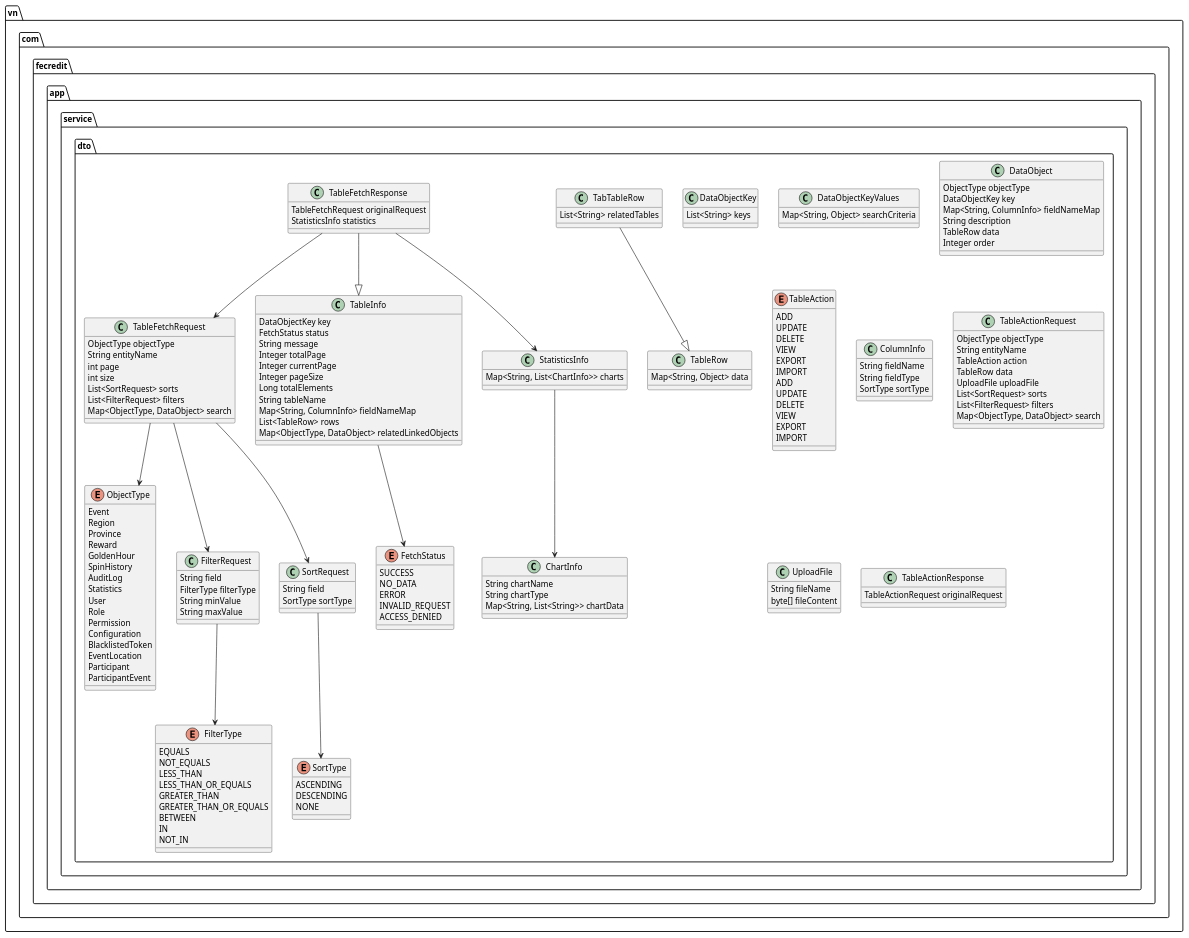
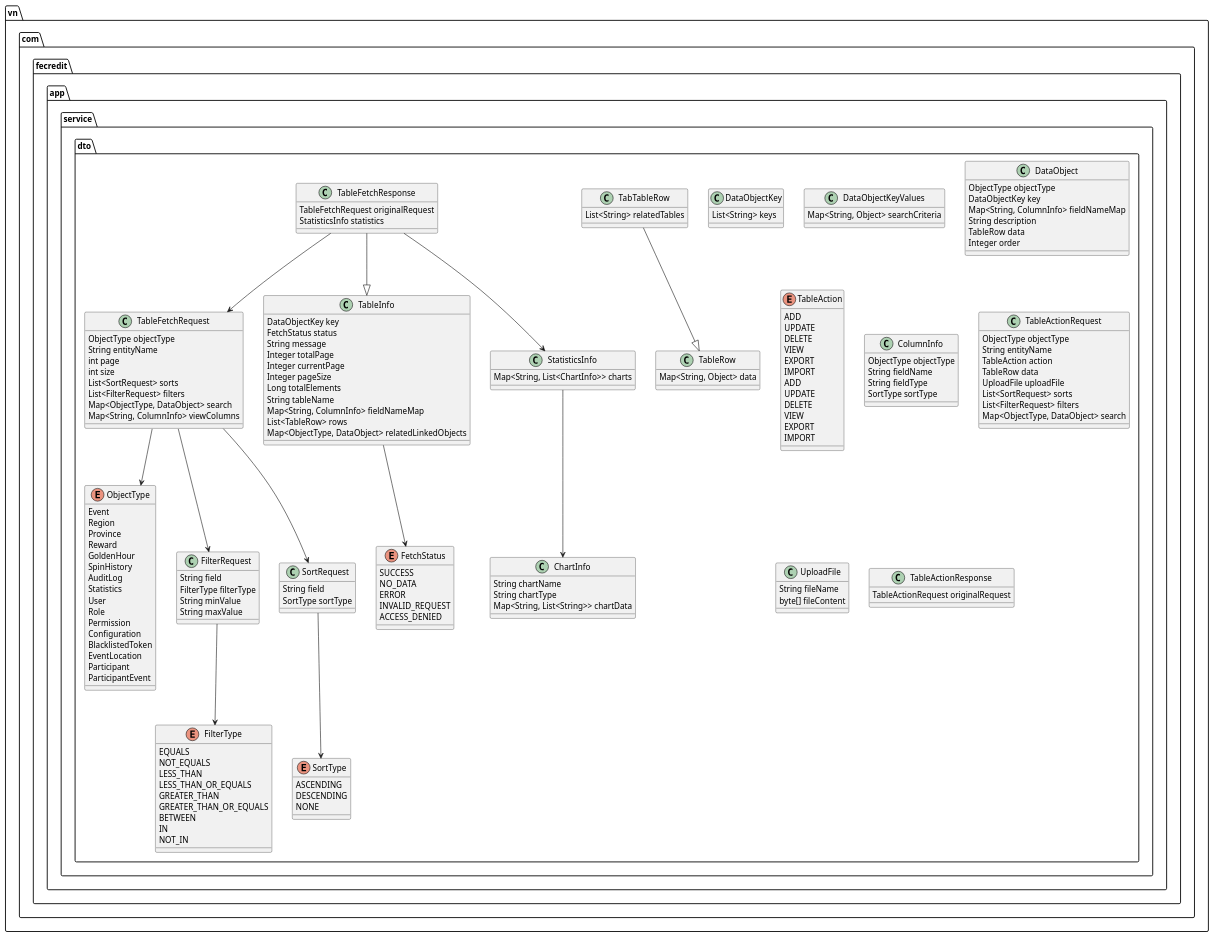
Before and after one commit to dnguyenminh/luckydraw-roo: the diagram in docs/api/CommonAPIRequestAndResponse.puml, drawn with PlantUML. The commit also changed 120 other files, not shown here.

```diff
--- a/docs/api/CommonAPIRequestAndResponse.puml
+++ b/docs/api/CommonAPIRequestAndResponse.puml
@@ -1,187 +1,189 @@
 @startuml CommonAPIRequestAndResponse
 
 ' Common API Request and Response Models
 
 namespace vn.com.fecredit.app.service.dto {
 
     enum ObjectType {
         Event
         Region
         Province
         Reward
         GoldenHour
         SpinHistory
         AuditLog
         Statistics
         User
         Role
         Permission
         Configuration
         BlacklistedToken
         EventLocation
         Participant
         ParticipantEvent
     }
 
     enum FetchStatus {
         SUCCESS
         NO_DATA
         ERROR
         INVALID_REQUEST
         ACCESS_DENIED
     }
 
     enum SortType {
         ASCENDING
         DESCENDING
         NONE
     }
 
     enum FilterType {
         EQUALS
         NOT_EQUALS
         LESS_THAN
         LESS_THAN_OR_EQUALS
         GREATER_THAN
         GREATER_THAN_OR_EQUALS
         BETWEEN
         IN
         NOT_IN
     }
 
     class DataObjectKey {
         List<String> keys
     }
 
     class DataObjectKeyValues {
         Map<String, Object> searchCriteria
     }
 
     class TableRow {
         Map<String, Object> data
     }
 
     class TabTableRow {
         List<String> relatedTables
     }
 
     class DataObject {
         ObjectType objectType
         DataObjectKey key
         Map<String, ColumnInfo> fieldNameMap
         String description
         TableRow data
         Integer order
     }
 
     enum TableAction {
         ADD
         UPDATE
         DELETE
         VIEW
         EXPORT
         IMPORT
     }
 
     class TableFetchRequest {
         ObjectType objectType
         String entityName
         int page
         int size
         List<SortRequest> sorts
         List<FilterRequest> filters
         Map<ObjectType, DataObject> search
+        Map<String, ColumnInfo> viewColumns
     }
 
     class TableFetchResponse {
         TableFetchRequest originalRequest
         StatisticsInfo statistics
     }
 
     class TableInfo {
         DataObjectKey key
         FetchStatus status
         String message
         Integer totalPage
         Integer currentPage
         Integer pageSize
         Long totalElements
         String tableName
         Map<String, ColumnInfo> fieldNameMap
         List<TableRow> rows
         Map<ObjectType, DataObject> relatedLinkedObjects
     }
 
     class FilterRequest {
         String field
         FilterType filterType
         String minValue
         String maxValue
     }
 
     class SortRequest {
         String field
         SortType sortType
     }
 
     class ColumnInfo {
+        ObjectType objectType
         String fieldName
         String fieldType
         SortType sortType
     }
 
     class StatisticsInfo {
         Map<String, List<ChartInfo>> charts
     }
 
     class ChartInfo {
         String chartName
         String chartType
         Map<String, List<String>> chartData
     }
 
 
     TableFetchResponse --|> TableInfo
     TabTableRow --|> TableRow
     TableFetchResponse --> TableFetchRequest
     TableFetchResponse --> StatisticsInfo
     TableFetchRequest --> ObjectType
     TableInfo --> FetchStatus
     TableFetchRequest --> SortRequest
     TableFetchRequest --> FilterRequest
     SortRequest --> SortType
     FilterRequest --> FilterType
     StatisticsInfo --> ChartInfo
 
     enum TableAction {
         ADD
         UPDATE
         DELETE
         VIEW
         EXPORT
         IMPORT
     }
 
     class TableActionRequest {
         ObjectType objectType
         String entityName
         TableAction action
         TableRow data
         UploadFile uploadFile
         List<SortRequest> sorts
         List<FilterRequest> filters
         Map<ObjectType, DataObject> search
     }
 
     class UploadFile {
         String fileName
         byte[] fileContent
     }
 
     class TableActionResponse {
         TableActionRequest originalRequest
     }
 
 }
 
 @enduml
```
